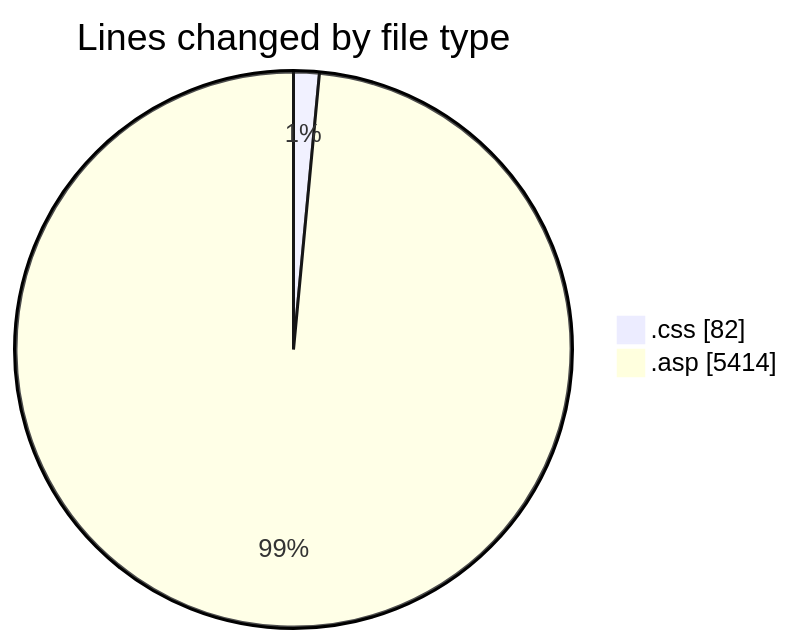
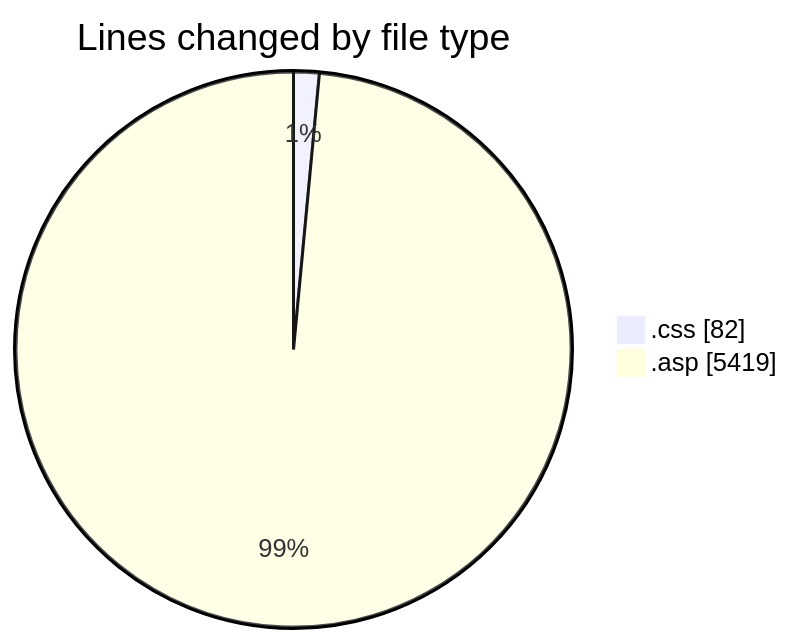
Before and after one commit to julien-gomy/code-tracking: the first of 2 diagrams in 2025-11-16/cdp_aleoudev_fr__workspace_/README.md, drawn with Mermaid. The commit also changed other lines of this file and 1 other file, not shown here.

````diff
--- a/2025-11-16/cdp_aleoudev_fr__workspace_/README.md
+++ b/2025-11-16/cdp_aleoudev_fr__workspace_/README.md
@@ -28,6 +28,6 @@
 ```mermaid
 pie showData
 title Lines changed by file type
 ".css" : 82
-".asp" : 5414
+".asp" : 5419
 ```
````
